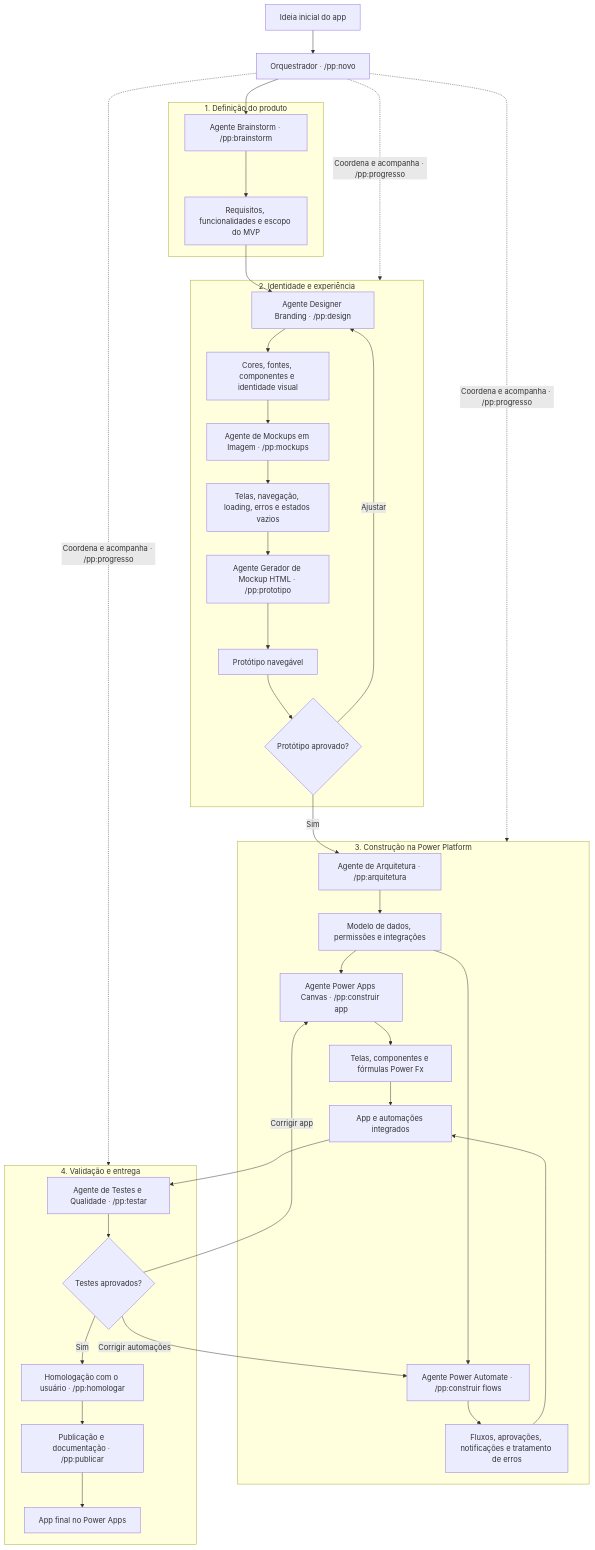
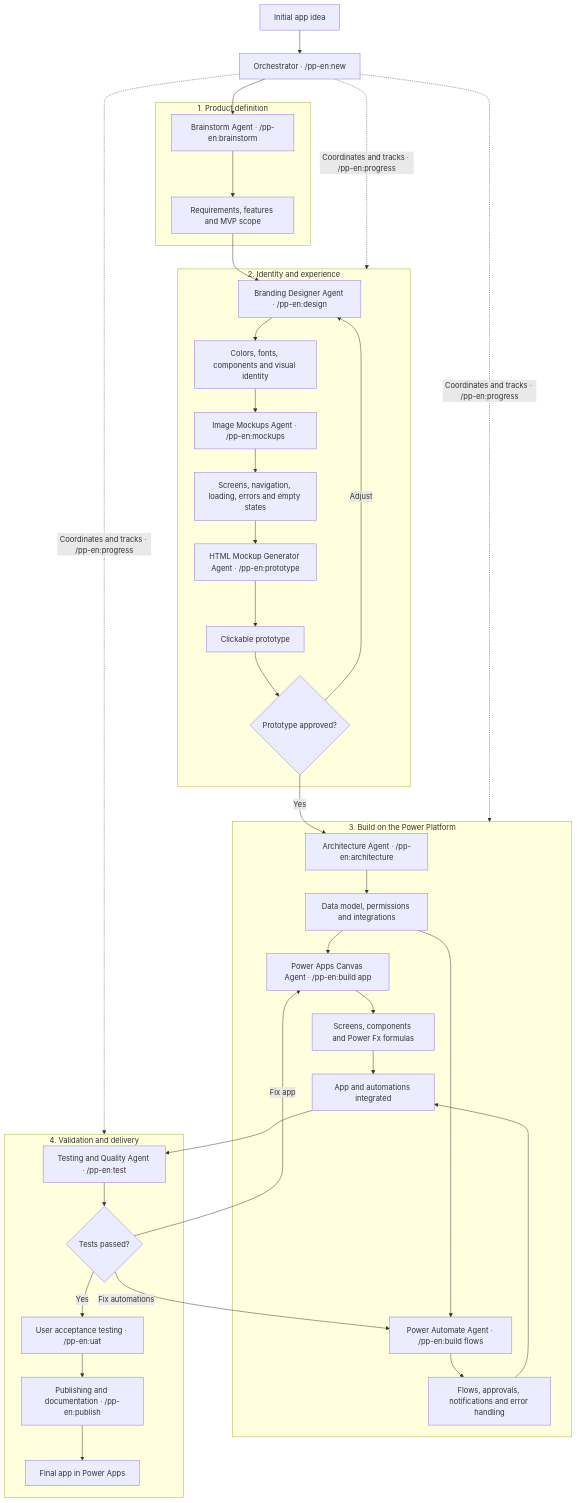
The diagram in data/readmes/stage2dev__power-platform-skills.md (zqf20096327/dbhub_collect), drawn with Mermaid before and after one commit. The commit also changed other lines of this file and 515 other files, not shown here.

````diff
--- a/data/readmes/stage2dev__power-platform-skills.md
+++ b/data/readmes/stage2dev__power-platform-skills.md
@@ -110,55 +110,55 @@
 ```mermaid
 flowchart TD
-    IDEIA["Ideia inicial do app"] --> O["Orquestrador · /pp:novo"]
+    IDEA["Initial app idea"] --> O["Orchestrator · /pp-en:new"]
 
-    subgraph DEFINICAO["1. Definição do produto"]
-        B["Agente Brainstorm · /pp:brainstorm"]
-        R["Requisitos, funcionalidades e escopo do MVP"]
+    subgraph DEFINITION["1. Product definition"]
+        B["Brainstorm Agent · /pp-en:brainstorm"]
+        R["Requirements, features and MVP scope"]
         B --> R
     end
 
-    subgraph DESIGN["2. Identidade e experiência"]
-        D["Agente Designer Branding · /pp:design"]
-        V["Cores, fontes, componentes e identidade visual"]
-        M["Agente de Mockups em Imagem · /pp:mockups"]
-        T["Telas, navegação, loading, erros e estados vazios"]
-        H["Agente Gerador de Mockup HTML · /pp:prototipo"]
-        PROTO["Protótipo navegável"]
-        AP{"Protótipo aprovado?"}
+    subgraph DESIGN["2. Identity and experience"]
+        D["Branding Designer Agent · /pp-en:design"]
+        V["Colors, fonts, components and visual identity"]
+        M["Image Mockups Agent · /pp-en:mockups"]
+        T["Screens, navigation, loading, errors and empty states"]
+        H["HTML Mockup Generator Agent · /pp-en:prototype"]
+        PROTO["Clickable prototype"]
+        AP{"Prototype approved?"}
         D --> V --> M --> T --> H --> PROTO --> AP
-        AP -->|Ajustar| D
+        AP -->|Adjust| D
     end
 
-    subgraph CONSTRUCAO["3. Construção na Power Platform"]
-        ARQ["Agente de Arquitetura · /pp:arquitetura"]
-        ESP["Modelo de dados, permissões e integrações"]
-        P["Agente Power Apps Canvas · /pp:construir app"]
-        A["Agente Power Automate · /pp:construir flows"]
-        APP["Telas, componentes e fórmulas Power Fx"]
-        FLUXO["Fluxos, aprovações, notificações e tratamento de erros"]
-        INT["App e automações integrados"]
+    subgraph BUILD["3. Build on the Power Platform"]
+        ARQ["Architecture Agent · /pp-en:architecture"]
+        ESP["Data model, permissions and integrations"]
+        P["Power Apps Canvas Agent · /pp-en:build app"]
+        A["Power Automate Agent · /pp-en:build flows"]
+        APP["Screens, components and Power Fx formulas"]
+        FLOW["Flows, approvals, notifications and error handling"]
+        INT["App and automations integrated"]
         ARQ --> ESP
         ESP --> P --> APP --> INT
-        ESP --> A --> FLUXO --> INT
+        ESP --> A --> FLOW --> INT
     end
 
-    subgraph ENTREGA["4. Validação e entrega"]
-        QA["Agente de Testes e Qualidade · /pp:testar"]
-        OK{"Testes aprovados?"}
-        HOM["Homologação com o usuário · /pp:homologar"]
-        PUB["Publicação e documentação · /pp:publicar"]
-        FINAL["App final no Power Apps"]
+    subgraph DELIVERY["4. Validation and delivery"]
+        QA["Testing and Quality Agent · /pp-en:test"]
+        OK{"Tests passed?"}
+        UAT["User acceptance testing · /pp-en:uat"]
+        PUB["Publishing and documentation · /pp-en:publish"]
+        FINAL["Final app in Power Apps"]
         QA --> OK
-        OK -->|Sim| HOM --> PUB --> FINAL
+        OK -->|Yes| UAT --> PUB --> FINAL
     end
 
     O --> B
     R --> D
-    AP -->|Sim| ARQ
+    AP -->|Yes| ARQ
     INT --> QA
-    OK -->|Corrigir app| P
-    OK -->|Corrigir automações| A
-    O -.->|Coordena e acompanha · /pp:progresso| DESIGN
-    O -.->|Coordena e acompanha · /pp:progresso| CONSTRUCAO
-    O -.->|Coordena e acompanha · /pp:progresso| ENTREGA
+    OK -->|Fix app| P
+    OK -->|Fix automations| A
+    O -.->|Coordinates and tracks · /pp-en:progress| DESIGN
+    O -.->|Coordinates and tracks · /pp-en:progress| BUILD
+    O -.->|Coordinates and tracks · /pp-en:progress| DELIVERY
 ```
````
